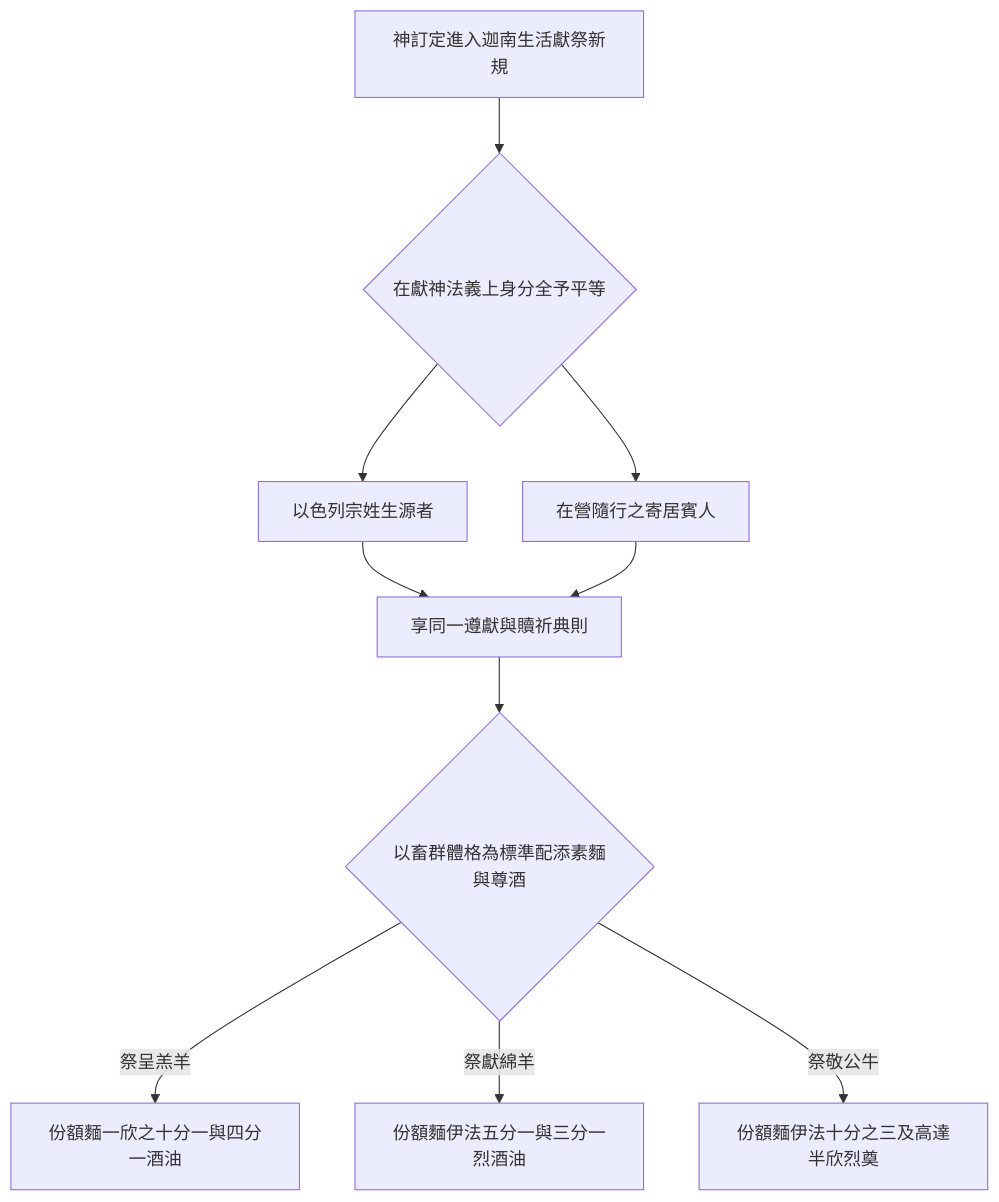
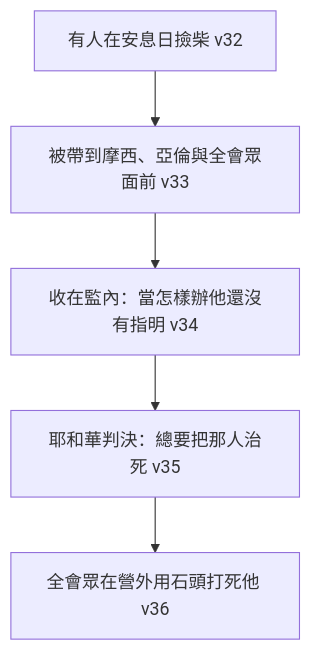
One commit to andyjr5566/Bible_wiki_zh_website changed the diagram in content/04 民數記/第15章.md. Above: the diagram before and after it, drawn with Mermaid. The commit also changed other lines of this file and 517 other files, not shown here.

````diff
--- a/content/04 民數記/第15章.md
+++ b/content/04 民數記/第15章.md
@@ -92,11 +203,7 @@
 ```mermaid
 flowchart TD
-    A["神訂定進入迦南生活獻祭新規"] --> B{"在獻神法義上身分全予平等"}
-    B --> C["以色列宗姓生源者"]
-    B --> D["在營隨行之寄居賓人"]
-    C & D --> E["享同一遵獻與贖祈典則"]
-    E --> F{"以畜群體格為標準配添素麵與尊酒"}
-    F -->|祭呈羔羊| G["份額麵一欣之十分一與四分一酒油"]
-    F -->|祭獻綿羊| H["份額麵伊法五分一與三分一烈酒油"]
-    F -->|祭敬公牛| I["份額麵伊法十分之三及高達半欣烈奠"]
+    A["有人在安息日撿柴 v32"] --> B["被帶到摩西、亞倫與全會眾面前 v33"]
+    B --> C["收在監內：當怎樣辦他還沒有指明 v34"]
+    C --> D["耶和華判決：總要把那人治死 v35"]
+    D --> E["全會眾在營外用石頭打死他 v36"]
 ```
````
